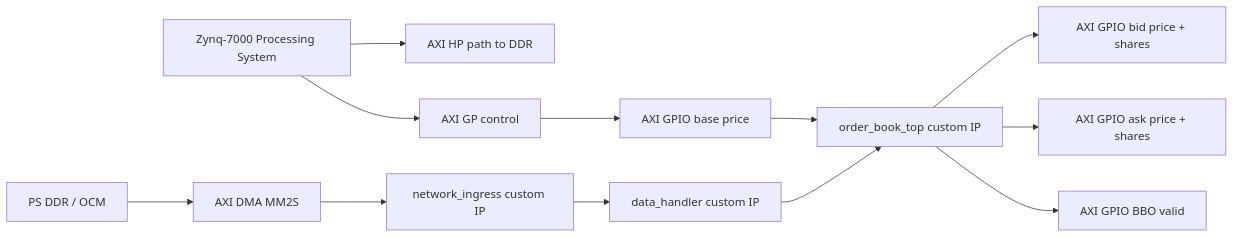
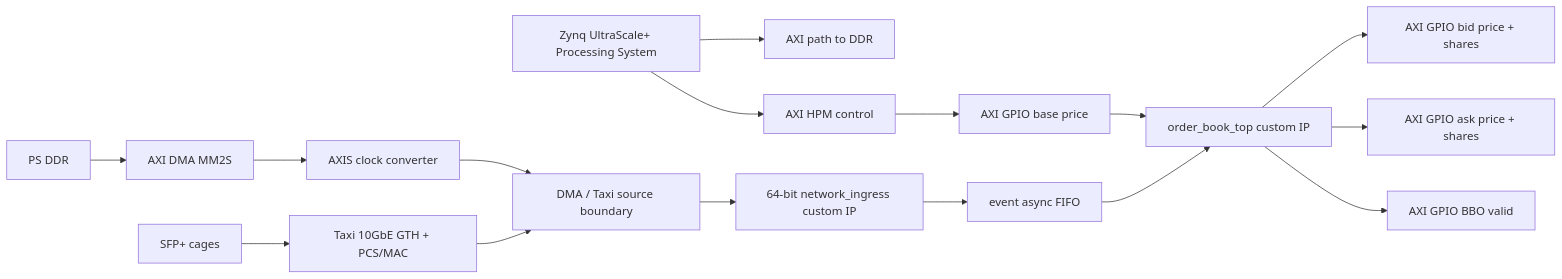
The fourth of 4 diagrams in README.md (an-thony350/ITCH-Feed-Handler-and-Order-Book), drawn with Mermaid before and after one commit. The commit also changed other lines of this file, not shown here.

````diff
--- a/README.md
+++ b/README.md
@@ -197,14 +226,20 @@
 ```mermaid
 flowchart LR
-    PS7[Zynq-7000 Processing System] --> HP[AXI HP path to DDR]
-    PS7 --> GP[AXI GP control]
-    DDR[PS DDR / OCM] --> DMA[AXI DMA MM2S]
-    DMA --> NI[network_ingress custom IP]
-    NI --> DH[data_handler custom IP]
-    DH --> OBT[order_book_top custom IP]
+    PS[Zynq UltraScale+ Processing System] --> HP[AXI path to DDR]
+    PS --> GP[AXI HPM control]
+    DDR[PS DDR] --> DMA[AXI DMA MM2S]
+    DMA --> CC[AXIS clock converter]
+    CC --> SRC[DMA / Taxi source boundary]
+
+    SFP[SFP+ cages] --> TAXI[Taxi 10GbE GTH + PCS/MAC]
+    TAXI --> SRC
+
+    SRC --> NI[64-bit network_ingress custom IP]
+    NI --> EF[event async FIFO]
+    EF --> OBT[order_book_top custom IP]
     OBT --> BID[AXI GPIO bid price + shares]
     OBT --> ASK[AXI GPIO ask price + shares]
     OBT --> VAL[AXI GPIO BBO valid]
     GP --> BASE[AXI GPIO base price]
     BASE --> OBT
 ```
````
